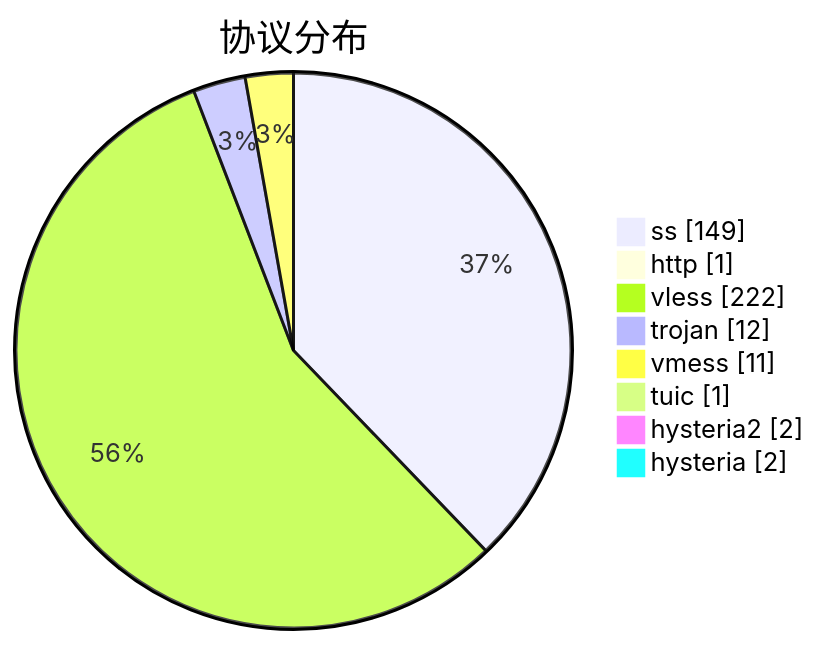
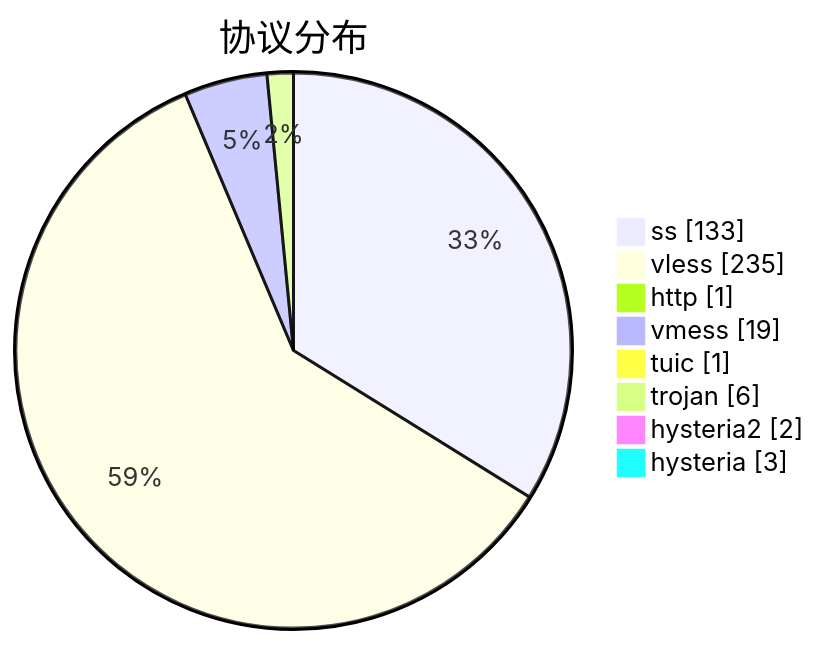
The third of 3 diagrams in subs/statistics/tested_within.md (qjlxg/airport), drawn with Mermaid before and after one commit. The commit also changed other lines of this file and 2 other files, not shown here.

````diff
--- a/subs/statistics/tested_within.md
+++ b/subs/statistics/tested_within.md
@@ -28,12 +29,12 @@
 ```mermaid
 pie showData
 title 协议分布
-"ss" : 149
+"ss" : 133
+"vless" : 235
 "http" : 1
-"vless" : 222
-"trojan" : 12
-"vmess" : 11
+"vmess" : 19
 "tuic" : 1
+"trojan" : 6
 "hysteria2" : 2
-"hysteria" : 2
+"hysteria" : 3
 ```
````
